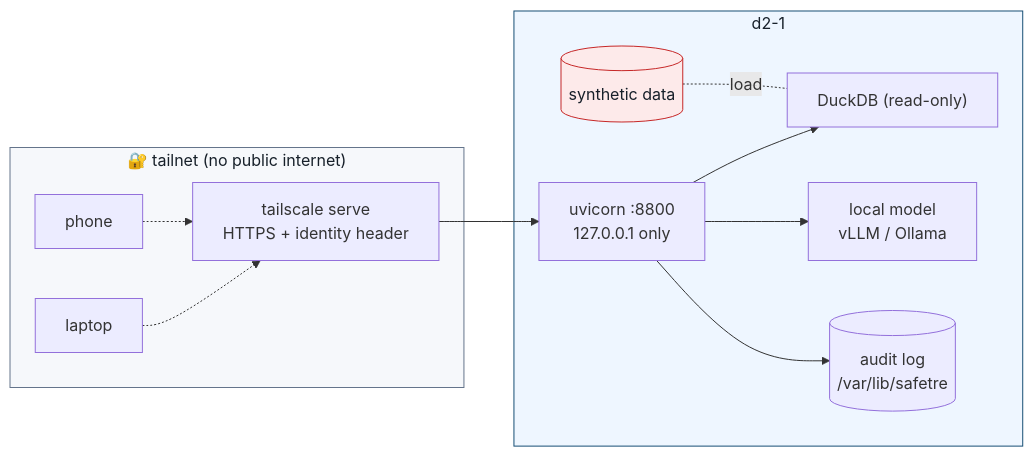
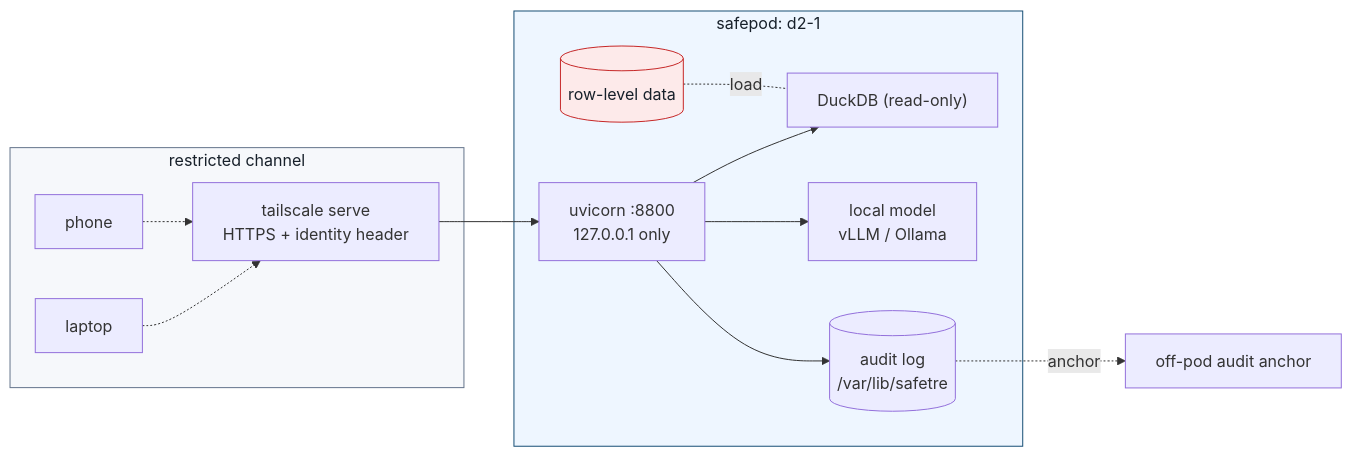
One commit to wadelab/safe-tre-agent changed the diagram in docs/deployment.md. Above: the diagram before and after it, drawn with Mermaid. The commit also changed other lines of this file and 13 other files, not shown here.

````diff
--- a/docs/deployment.md
+++ b/docs/deployment.md
@@ -9,17 +10,18 @@
 ```mermaid
 flowchart LR
-    subgraph TN["🔐 tailnet (no public internet)"]
+    subgraph TN["restricted channel"]
         U1["laptop"] -.-> TS
         U2["phone"] -.-> TS
     end
-    subgraph D2["d2-1"]
+    subgraph D2["safepod: d2-1"]
         TS["tailscale serve<br/>HTTPS + identity header"] --> APP["uvicorn :8800<br/>127.0.0.1 only"]
         APP --> ENG["DuckDB (read-only)"]
-        DATA[("synthetic data")] -. load .- ENG
+        DATA[("row-level data")] -. load .- ENG
         APP --> LLM["local model<br/>vLLM / Ollama"]
         APP --> LOG[("audit log<br/>/var/lib/safetre")]
     end
+    LOG -. anchor .-> ANCHOR["off-pod audit anchor"]
     style D2 fill:#eef6ff,stroke:#164e75,color:#17202A
     style TN fill:#f6f8fb,stroke:#64748b,color:#17202A
     style DATA fill:#fdeaea,stroke:#c62828,color:#17202A
 ```
````
